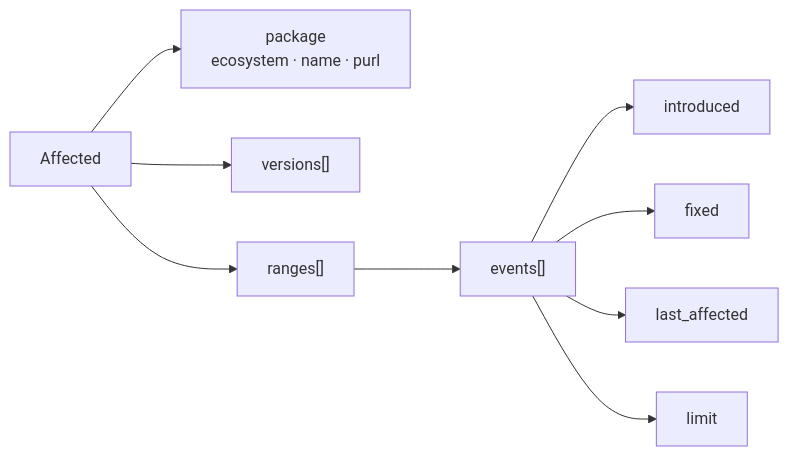
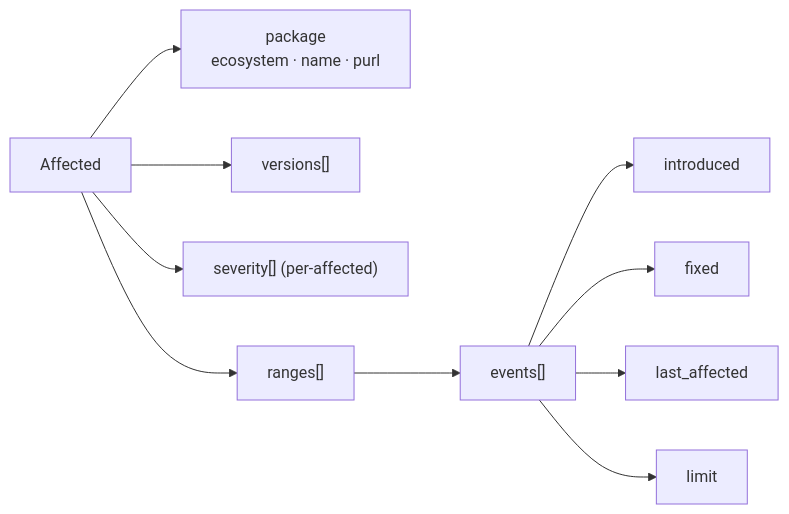
The fourth of 13 diagrams in website/reference/osv-schema.md (scagogogo/osv-schema-skills), drawn with Mermaid before and after one commit. The commit also changed other lines of this file and 1 other file, not shown here.

First line of the commit message:
docs(website): add missing Affected.Severity to type diagrams (EN+ZH)

````diff
--- a/website/reference/osv-schema.md
+++ b/website/reference/osv-schema.md
@@ -116,11 +117,12 @@
 ```mermaid
 graph LR
   AFF["Affected"] --> PKG["package<br/>ecosystem · name · purl"]
   AFF --> VER["versions[]"]
+  AFF --> SEV["severity[] (per-affected)"]
   AFF --> RNG["ranges[]"]
   RNG --> EVT["events[]"]
   EVT --> I["introduced"]
   EVT --> F["fixed"]
   EVT --> L["last_affected"]
   EVT --> V["limit"]
 ```
````
